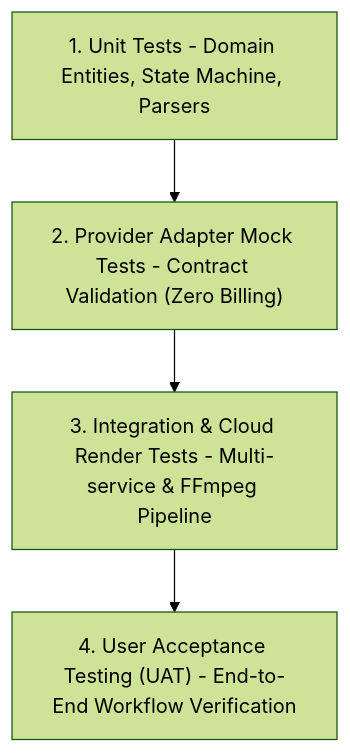
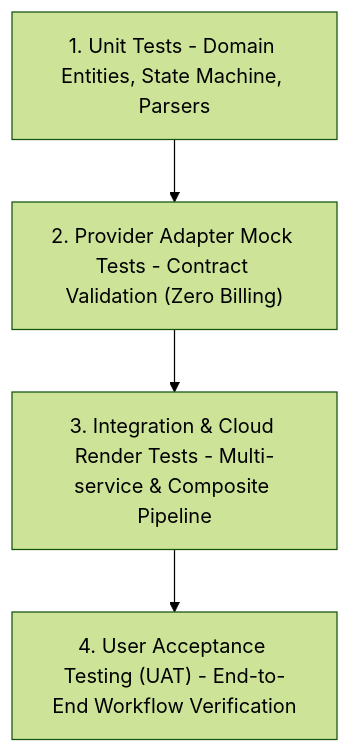
Before and after one commit to rebootob/Orbis-Video-Studio-AI: the diagram in project-docs/40_DELIVERY/TEST_UAT_STRATEGY.md, drawn with Mermaid (forest theme). The commit also changed other lines of this file and 30 other files, not shown here.

````diff
--- a/project-docs/40_DELIVERY/TEST_UAT_STRATEGY.md
+++ b/project-docs/40_DELIVERY/TEST_UAT_STRATEGY.md
@@ -11,11 +11,11 @@
 ```mermaid
 graph TD
     UAT["4. User Acceptance Testing (UAT) - End-to-End Workflow Verification"]
-    Integration["3. Integration & Cloud Render Tests - Multi-service & FFmpeg Pipeline"]
+    Integration["3. Integration & Cloud Render Tests - Multi-service & Composite Pipeline"]
     MockProvider["2. Provider Adapter Mock Tests - Contract Validation (Zero Billing)"]
     Unit["1. Unit Tests - Domain Entities, State Machine, Parsers"]
 
     Unit --> MockProvider
     MockProvider --> Integration
     Integration --> UAT
 ```
````
